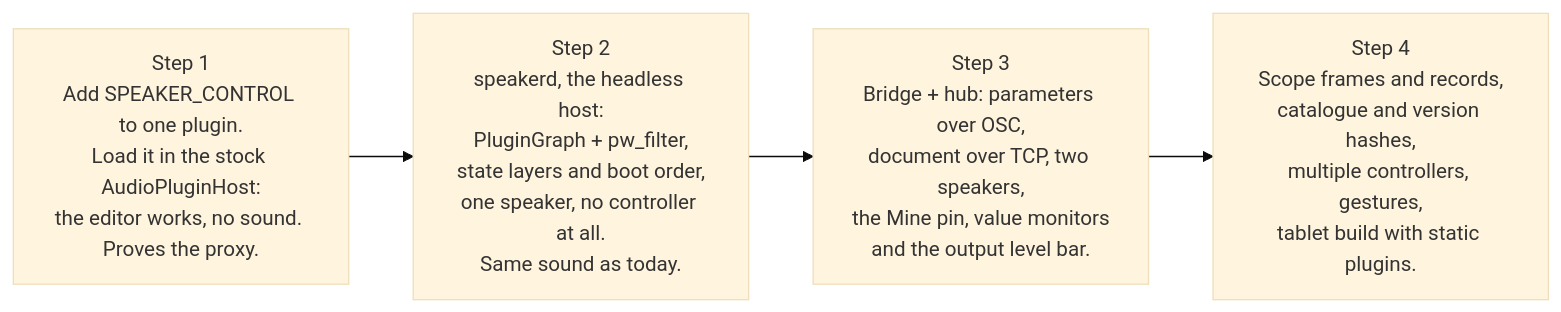
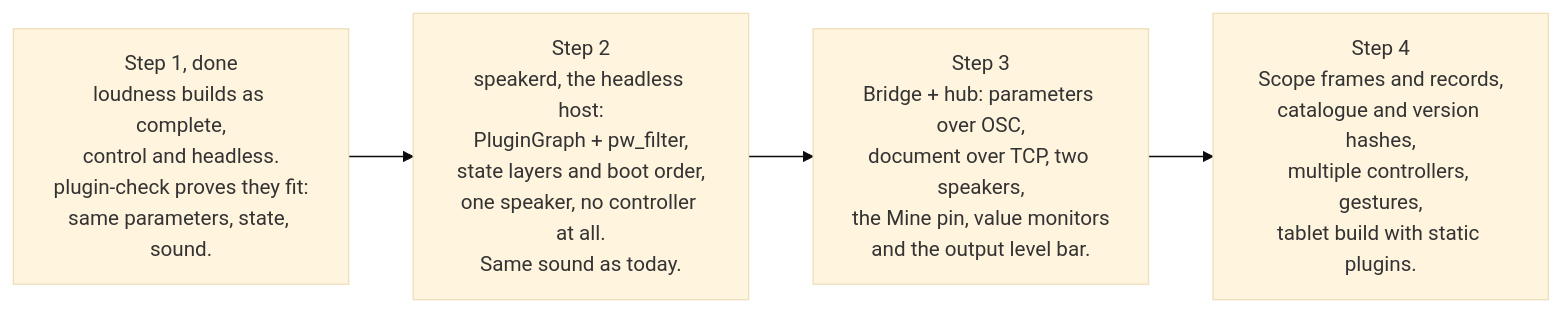
Diagram 12 of 12 in docs/remote-plugin-host.md (AMuszkat/bpi_amp_platform), drawn with Mermaid (base theme) before and after one commit. The commit also changed other lines of this file and 8 other files, not shown here.

````diff
--- a/docs/remote-plugin-host.md
+++ b/docs/remote-plugin-host.md
@@ -726,6 +760,6 @@
 ```mermaid
 flowchart LR
-    s1["Step 1<br/>Add SPEAKER_CONTROL to one plugin.<br/>Load it in the stock AudioPluginHost:<br/>the editor works, no sound. Proves the proxy."] --> s2["Step 2<br/>speakerd, the headless host:<br/>PluginGraph + pw_filter,<br/>state layers and boot order,<br/>one speaker, no controller at all.<br/>Same sound as today."]
+    s1["Step 1, done<br/>loudness builds as complete,<br/>control and headless.<br/>plugin-check proves they fit:<br/>same parameters, state, sound."] --> s2["Step 2<br/>speakerd, the headless host:<br/>PluginGraph + pw_filter,<br/>state layers and boot order,<br/>one speaker, no controller at all.<br/>Same sound as today."]
     s2 --> s3["Step 3<br/>Bridge + hub: parameters over OSC,<br/>document over TCP, two speakers,<br/>the Mine pin, value monitors<br/>and the output level bar."]
     s3 --> s4["Step 4<br/>Scope frames and records,<br/>catalogue and version hashes,<br/>multiple controllers, gestures,<br/>tablet build with static plugins."]
 ```
````
